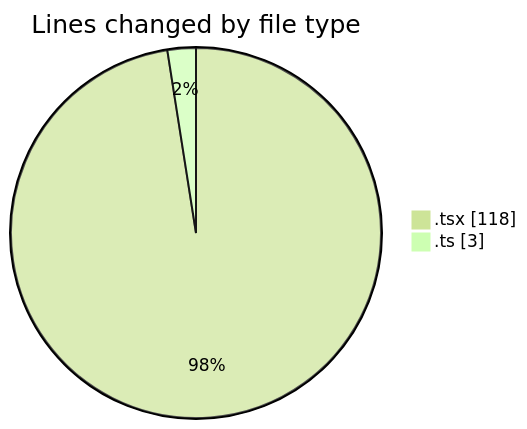
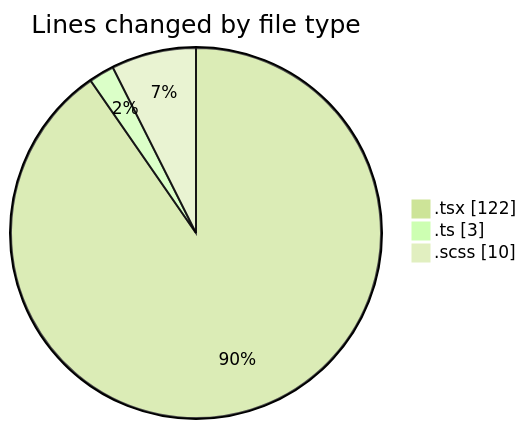
The first of 2 diagrams in 2026-04-15/cda/README.md (momahboobian/code-tracking), drawn with Mermaid (forest theme) before and after one commit. The commit also changed other lines of this file and 1 other file, not shown here.

````diff
--- a/2026-04-15/cda/README.md
+++ b/2026-04-15/cda/README.md
@@ -24,6 +25,7 @@
 ```mermaid
 pie showData
 title Lines changed by file type
-".tsx" : 118
+".tsx" : 122
 ".ts" : 3
+".scss" : 10
 ```
````
